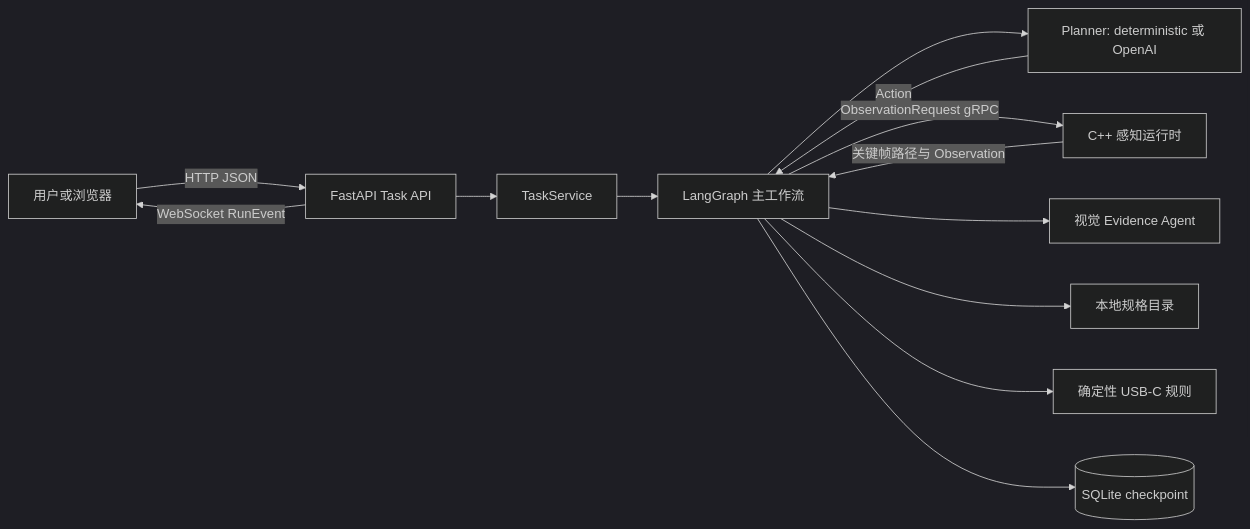
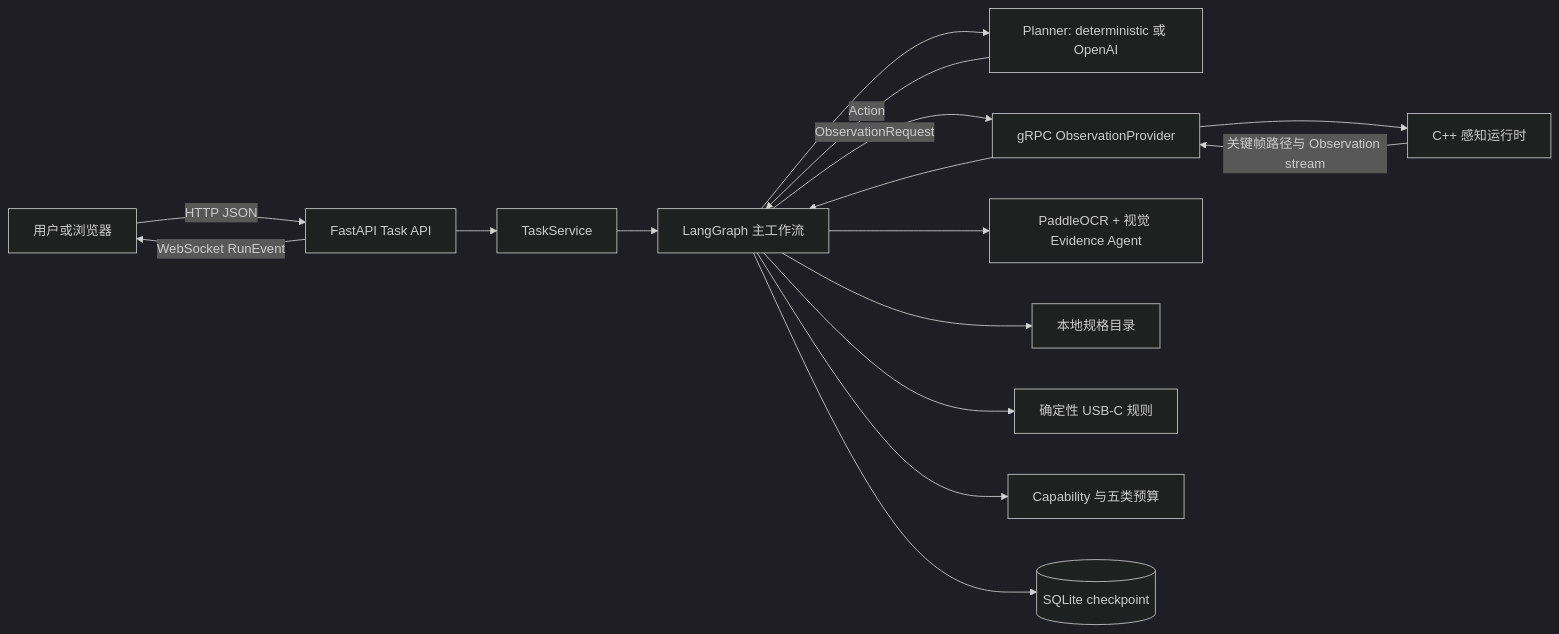
The diagram in docs/PROJECT-OVERVIEW.md (loveit111/realsight), drawn with Mermaid (dark theme) before and after one commit. The commit also changed other lines of this file and 10 other files, not shown here.

````diff
--- a/docs/PROJECT-OVERVIEW.md
+++ b/docs/PROJECT-OVERVIEW.md
@@ -16,15 +16,18 @@
 ```mermaid
 flowchart LR
     U[用户或浏览器] -->|HTTP JSON| API[FastAPI Task API]
     API -->|WebSocket RunEvent| U
     API --> APP[TaskService]
     APP --> G[LangGraph 主工作流]
     G --> P[Planner: deterministic 或 OpenAI]
     P -->|Action| G
-    G -->|ObservationRequest gRPC| CPP[C++ 感知运行时]
-    CPP -->|关键帧路径与 Observation| G
-    G --> V[视觉 Evidence Agent]
+    G -->|ObservationRequest| GP[gRPC ObservationProvider]
+    GP --> CPP[C++ 感知运行时]
+    CPP -->|关键帧路径与 Observation stream| GP
+    GP --> G
+    G --> V[PaddleOCR + 视觉 Evidence Agent]
     G --> K[本地规格目录]
     G --> R[确定性 USB-C 规则]
+    G --> GOV[Capability 与五类预算]
     G --> DB[(SQLite checkpoint)]
 ```
````
